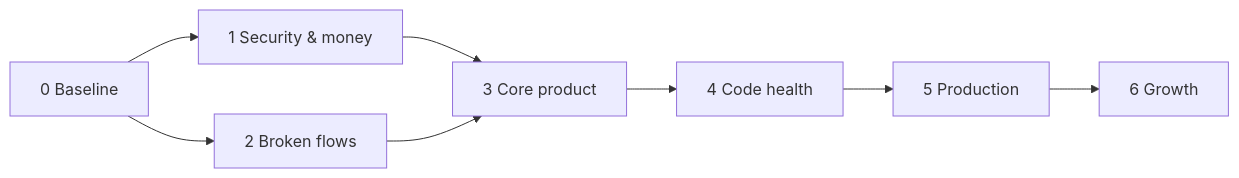
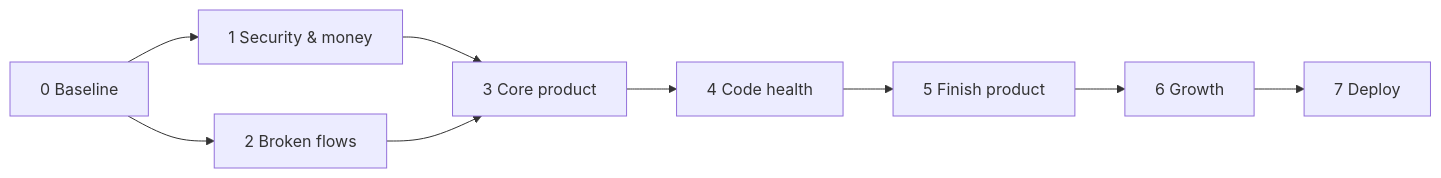
One commit to Ashfaq10/FreelanceFlow changed the diagram in PHASES.md. Above: the diagram before and after it, drawn with Mermaid. The commit also changed other lines of this file and 19 other files, not shown here.

````diff
--- a/PHASES.md
+++ b/PHASES.md
@@ -25,10 +26,11 @@
 ```mermaid
 flowchart LR
   P0[0 Baseline] --> P1[1 Security & money]
   P0 --> P2[2 Broken flows]
   P1 --> P3[3 Core product]
   P2 --> P3
   P3 --> P4[4 Code health]
-  P4 --> P5[5 Production]
+  P4 --> P5[5 Finish product]
   P5 --> P6[6 Growth]
+  P6 --> P7[7 Deploy]
 ```
````
